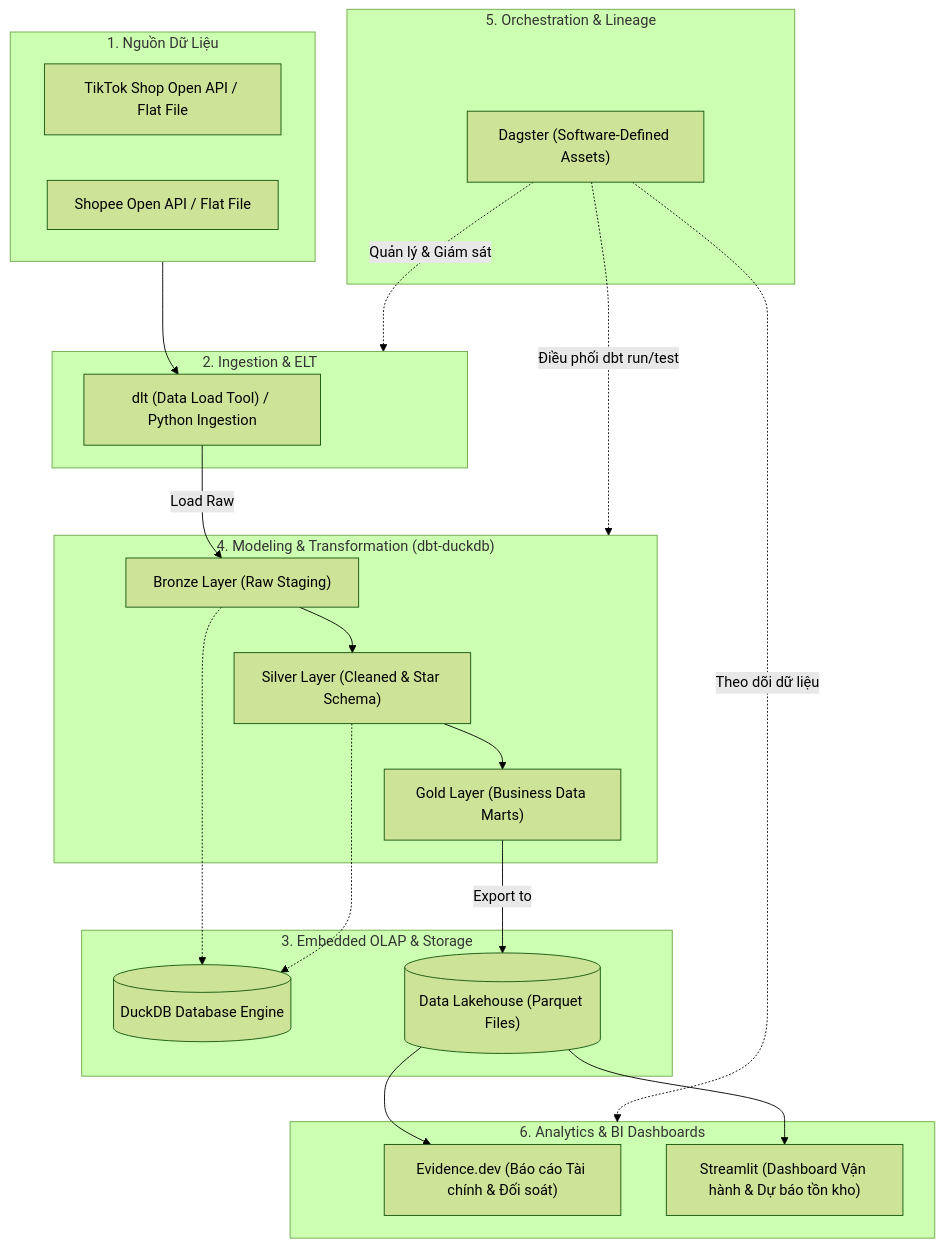
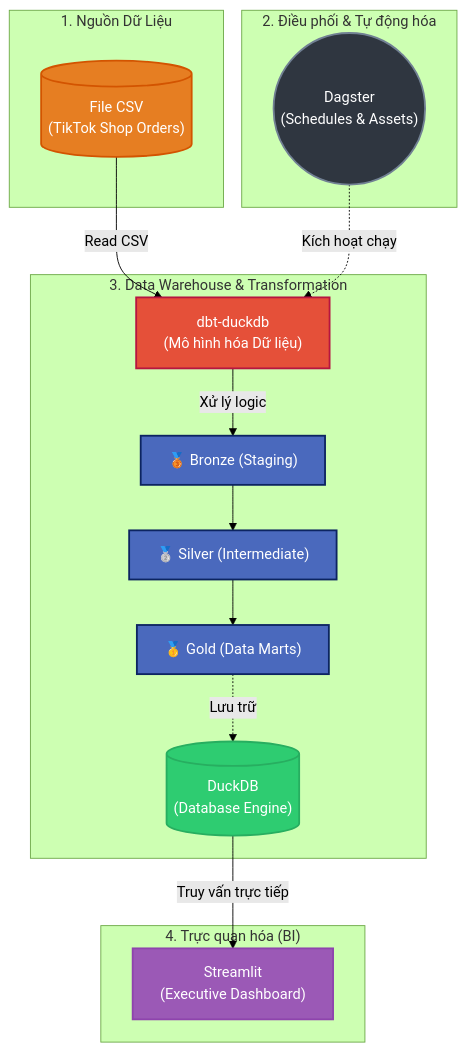
One commit to PhucTruong11/TikTok_orders_pipeline changed the first of 2 diagrams in README.md. Above: the diagram before and after it, drawn with Mermaid (forest theme). The commit also changed other lines of this file and 12 other files, not shown here.

````diff
--- a/README.md
+++ b/README.md
@@ -27,45 +27,38 @@
 ```mermaid
 flowchart TD
+    %% Định nghĩa màu sắc (classDef)
+    classDef source fill:#e67e22,stroke:#d35400,stroke-width:2px,color:#fff;
+    classDef orchestrator fill:#2f3640,stroke:#718093,stroke-width:2px,color:#fff;
+    classDef compute fill:#4a69bd,stroke:#0c2461,stroke-width:2px,color:#fff;
+    classDef transform fill:#e55039,stroke:#b71540,stroke-width:2px,color:#fff;
+    classDef storage fill:#2ecc71,stroke:#27ae60,stroke-width:2px,color:#fff;
+    classDef bi fill:#9b59b6,stroke:#8e44ad,stroke-width:2px,color:#fff;
+
     subgraph Sources ["1. Nguồn Dữ Liệu"]
-        TT["TikTok Shop Open API / Flat File"]
-        SP["Shopee Open API / Flat File"]
+        CSV[("File CSV\n(TikTok Shop Orders)")]:::source
     end
 
-    subgraph Ingestion ["2. Ingestion & ELT"]
-        DLT["dlt (Data Load Tool) / Python Ingestion"]
+    subgraph Orchestration ["2. Điều phối & Tự động hóa"]
+        DAGSTER(("Dagster\n(Schedules & Assets)")):::orchestrator
     end
 
-    subgraph Storage ["3. Embedded OLAP & Storage"]
-        DUCK[("DuckDB Database Engine")]
-        PARQUET[("Data Lakehouse (Parquet Files)")]
+    subgraph DataPlatform ["3. Data Warehouse & Transformation"]
+        DBT["dbt-duckdb\n(Mô hình hóa Dữ liệu)"]:::transform
+        DUCKDB[("DuckDB\n(Database Engine)")]:::storage
+        
+        BRONZE["🥉 Bronze (Staging)"]:::compute
+        SILVER["🥈 Silver (Intermediate)"]:::compute
+        GOLD["🥇 Gold (Data Marts)"]:::compute
+        
+        DBT -->|Xử lý logic| BRONZE --> SILVER --> GOLD
+        GOLD -.->|Lưu trữ| DUCKDB
     end
 
-    subgraph Transformation ["4. Modeling & Transformation (dbt-duckdb)"]
-        BRONZE["Bronze Layer (Raw Staging)"]
-        SILVER["Silver Layer (Cleaned & Star Schema)"]
-        GOLD["Gold Layer (Business Data Marts)"]
-        
-        BRONZE --> SILVER --> GOLD
+    subgraph Consumption ["4. Trực quan hóa (BI)"]
+        STREAMLIT["Streamlit\n(Executive Dashboard)"]:::bi
     end
 
-    subgraph Orchestration ["5. Orchestration & Lineage"]
-        DAGSTER["Dagster (Software-Defined Assets)"]
-    end
-
-    subgraph Consumption ["6. Analytics & BI Dashboards"]
-        EVIDENCE["Evidence.dev (Báo cáo Tài chính & Đối soát)"]
-        STREAMLIT["Streamlit (Dashboard Vận hành & Dự báo tồn kho)"]
-    end
-
-    Sources --> DLT
-    DLT -->|Load Raw| BRONZE
-    BRONZE -.-> DUCK
-    SILVER -.-> DUCK
-    GOLD -->|Export to| PARQUET
-    PARQUET --> EVIDENCE
-    PARQUET --> STREAMLIT
-
-    DAGSTER -.->|Quản lý & Giám sát| Ingestion
-    DAGSTER -.->|Điều phối dbt run/test| Transformation
-    DAGSTER -.->|Theo dõi dữ liệu| Consumption
+    CSV -->|Read CSV| DBT
+    DAGSTER -.->|Kích hoạt chạy| DBT
+    DUCKDB -->|Truy vấn trực tiếp| STREAMLIT
 ```
````
